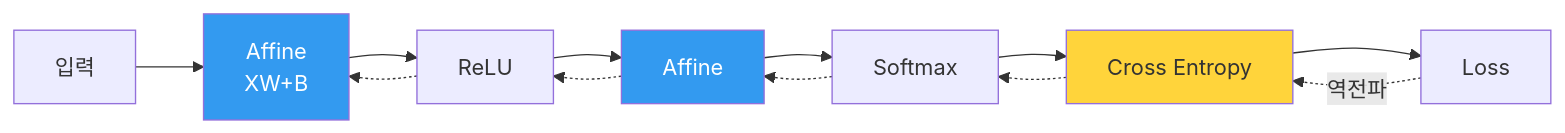
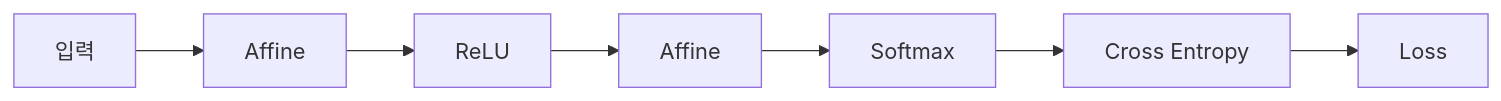
Before and after one commit to umyunsang/edu: the third of 3 diagrams in ComputerScience/03_ai-ml-data/neural-networks/04. 오차역전파법.md, drawn with Mermaid. The commit also changed other lines of this file, not shown here.

````diff
--- a/ComputerScience/03_ai-ml-data/neural-networks/04. 오차역전파법.md
+++ b/ComputerScience/03_ai-ml-data/neural-networks/04. 오차역전파법.md
@@ -83,9 +186,9 @@
 ```mermaid
 flowchart LR
-    X["입력"] --> A1["Affine<br/>XW+B"] --> R1["ReLU"] --> A2["Affine"] --> SM["Softmax"] --> CE["Cross Entropy"] --> L["Loss"]
-    L -.역전파.-> CE -.-> SM -.-> A2 -.-> R1 -.-> A1
-
-    style A1 fill:#339af0,color:#fff
-    style A2 fill:#339af0,color:#fff
-    style CE fill:#ffd43b,color:#333
+    I["입력"] --> A1["Affine"]
+    A1 --> R["ReLU"]
+    R --> A2["Affine"]
+    A2 --> SM["Softmax"]
+    SM --> CE["Cross Entropy"]
+    CE --> L["Loss"]
 ```
````
